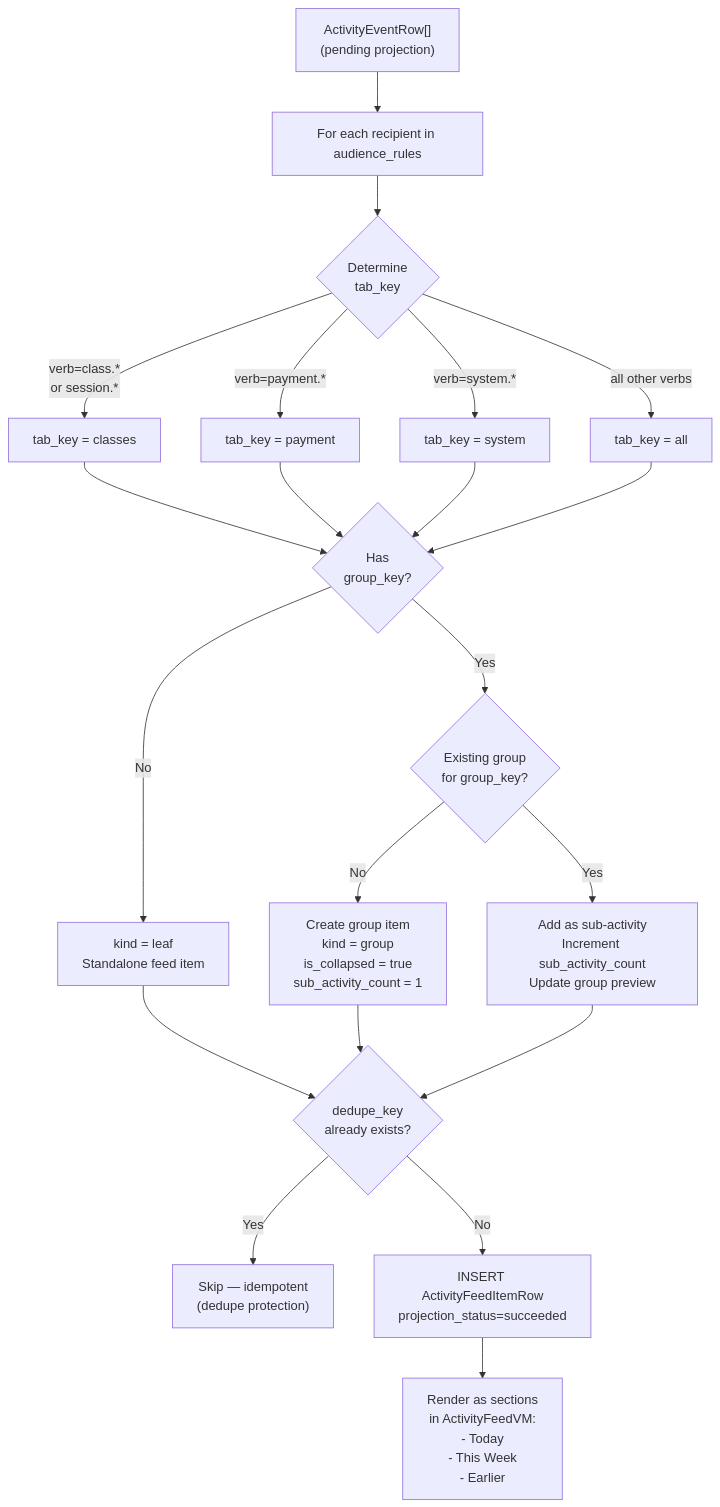
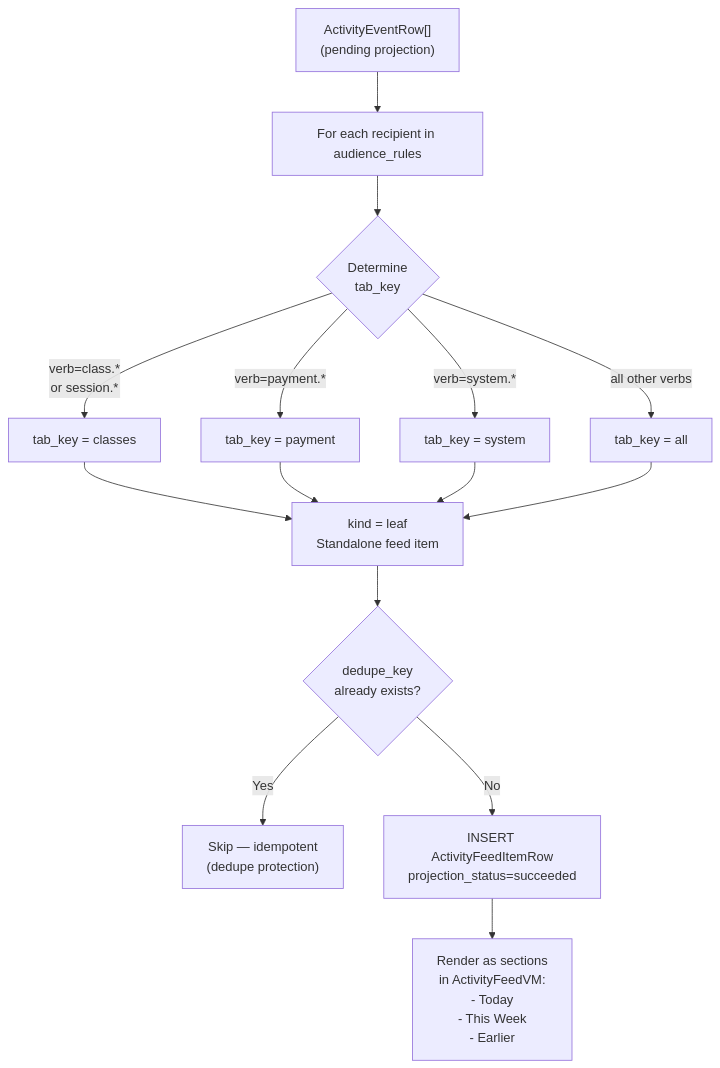
Diagram 28 of 31 in docs/architecture/feature-diagrams.md (heidisoft/iconicedu-monorepo), drawn with Mermaid before and after one commit. The commit also changed other lines of this file and 39 other files, not shown here.

First line of the commit message:
Remove activity feed grouping support

````diff
--- a/docs/architecture/feature-diagrams.md
+++ b/docs/architecture/feature-diagrams.md
@@ -1459,30 +1455,20 @@
 ```mermaid
 flowchart TD
     EVENTS["ActivityEventRow[]\n(pending projection)"] --> FOR_EACH_RECIPIENT["For each recipient in audience_rules"]
 
     FOR_EACH_RECIPIENT --> DETERMINE_TAB{Determine\ntab_key}
 
     DETERMINE_TAB -->|verb=class.*\nor session.*| CLASSES_TAB["tab_key = classes"]
     DETERMINE_TAB -->|verb=payment.*| PAYMENT_TAB["tab_key = payment"]
     DETERMINE_TAB -->|verb=system.*| SYSTEM_TAB["tab_key = system"]
     DETERMINE_TAB -->|all other verbs| ALL_TAB["tab_key = all"]
 
-    CLASSES_TAB & PAYMENT_TAB & SYSTEM_TAB & ALL_TAB --> DETERMINE_GROUP{Has\ngroup_key?}
+    CLASSES_TAB & PAYMENT_TAB & SYSTEM_TAB & ALL_TAB --> ITEM["kind = leaf\nStandalone feed item"]
 
-    DETERMINE_GROUP -->|No| LEAF["kind = leaf\nStandalone feed item"]
-
-    DETERMINE_GROUP -->|Yes| FIND_GROUP{Existing group\nfor group_key?}
-
-    FIND_GROUP -->|No| CREATE_GROUP["Create group item\nkind = group\nis_collapsed = true\nsub_activity_count = 1"]
-
-    FIND_GROUP -->|Yes| ADD_TO_GROUP["Add as sub-activity\nIncrement sub_activity_count\nUpdate group preview"]
-
-    LEAF --> CHECK_DEDUPE{dedupe_key\nalready exists?}
-    CREATE_GROUP --> CHECK_DEDUPE
-    ADD_TO_GROUP --> CHECK_DEDUPE
+    ITEM --> CHECK_DEDUPE{dedupe_key\nalready exists?}
 
     CHECK_DEDUPE -->|Yes| SKIP_ITEM["Skip — idempotent\n(dedupe protection)"]
     CHECK_DEDUPE -->|No| INSERT["INSERT ActivityFeedItemRow\nprojection_status=succeeded"]
 
     INSERT --> SECTIONS["Render as sections\nin ActivityFeedVM:\n- Today\n- This Week\n- Earlier"]
 ```
````
